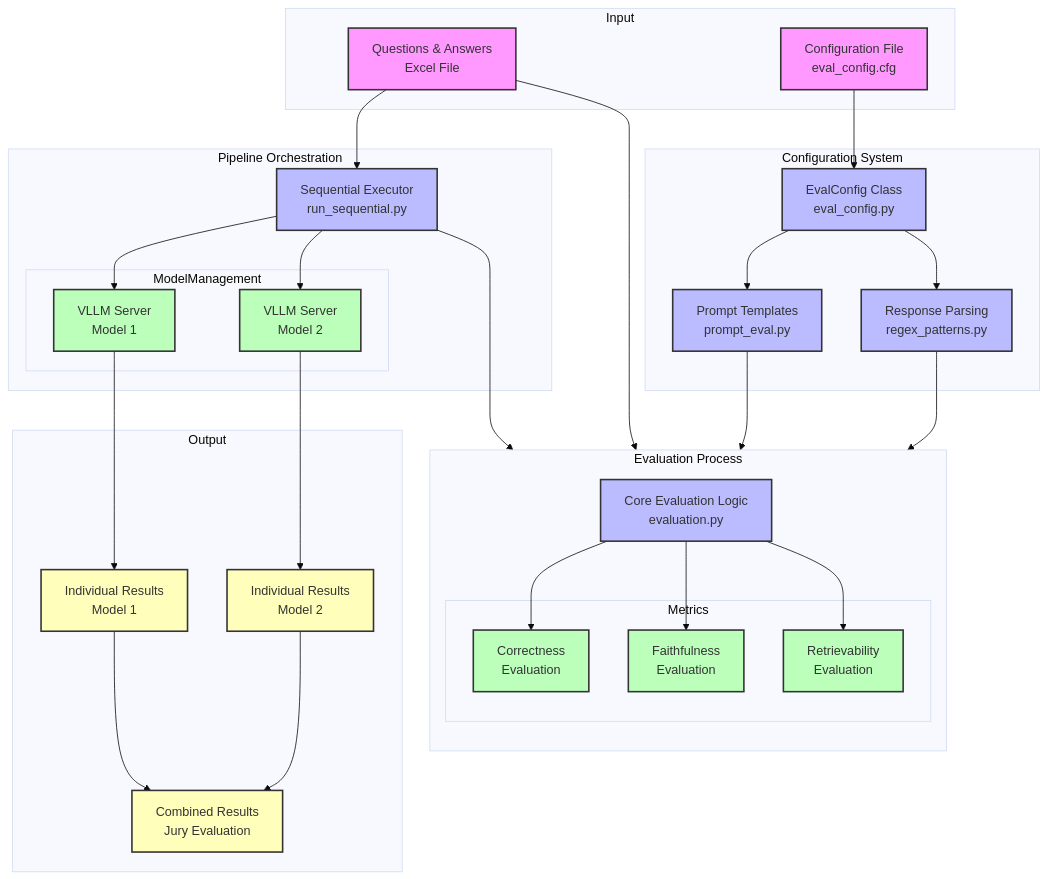
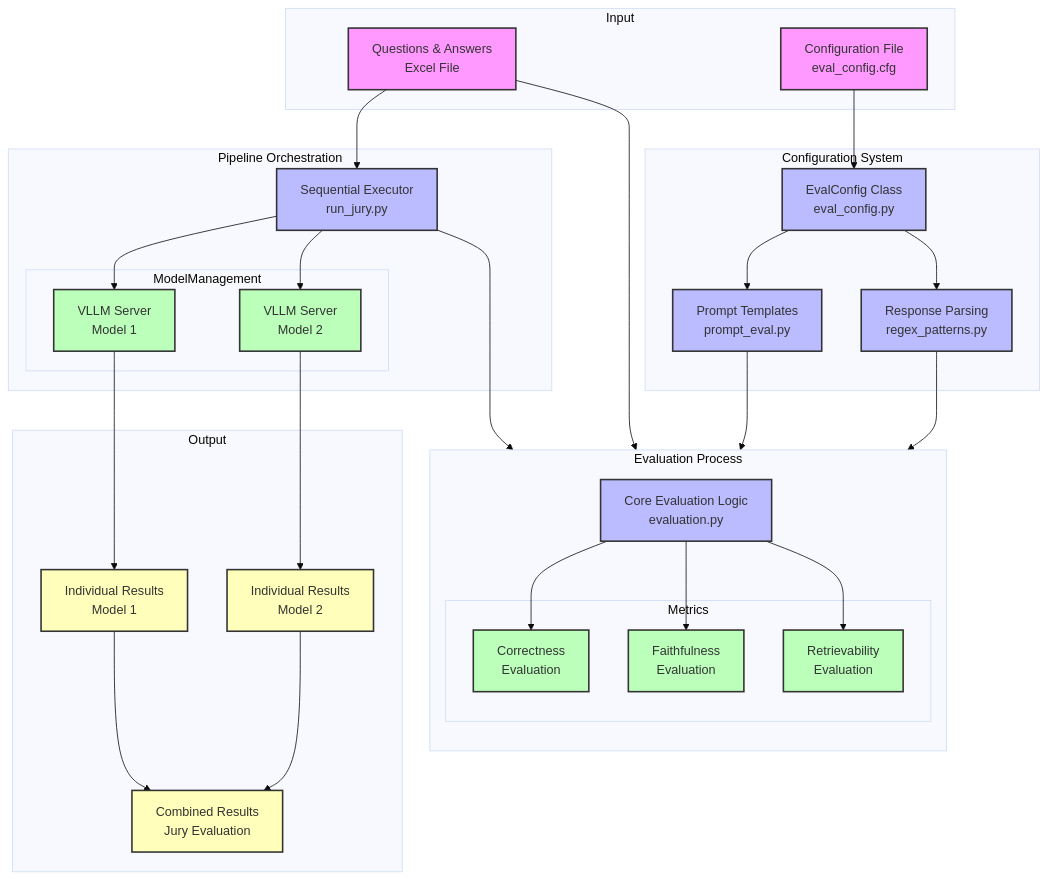
The diagram in wattelse/evaluation_pipeline/README.md (rte-france/wattelse), drawn with Mermaid (base theme) before and after one commit. The commit also changed other lines of this file and 14 other files, not shown here.

````diff
--- a/wattelse/evaluation_pipeline/README.md
+++ b/wattelse/evaluation_pipeline/README.md
@@ -8,73 +8,73 @@
 ```mermaid
 flowchart TB
     subgraph Input
         QA[Questions & Answers<br/>Excel File]
         CF[Configuration File<br/>eval_config.cfg]
     end
 
     subgraph ConfigSystem["Configuration System"]
         EC[EvalConfig Class<br/>eval_config.py]
         RP[Response Parsing<br/>regex_patterns.py]
         PE[Prompt Templates<br/>prompt_eval.py]
     end
 
     subgraph Evaluation["Evaluation Process"]
         direction TB
         EV[Core Evaluation Logic<br/>evaluation.py]
         subgraph Metrics
             CO[Correctness<br/>Evaluation]
             FA[Faithfulness<br/>Evaluation]
             RE[Retrievability<br/>Evaluation]
         end
     end
 
     subgraph Orchestration["Pipeline Orchestration"]
-        RS[Sequential Executor<br/>run_sequential.py]
+        RS[Sequential Executor<br/>run_jury.py]
         subgraph ModelManagement
             VM1[VLLM Server<br/>Model 1]
             VM2[VLLM Server<br/>Model 2]
         end
     end
 
     subgraph Output
         IR1[Individual Results<br/>Model 1]
         IR2[Individual Results<br/>Model 2]
         CR[Combined Results<br/>Jury Evaluation]
     end
 
     %% Configuration Flow
     CF --> EC
     EC --> PE
     EC --> RP
 
     %% Input Flow
     QA --> RS
     QA --> EV
 
     %% Evaluation Flow
     EV --> CO & FA & RE
     PE --> EV
     RP --> EV
 
     %% Orchestration Flow
     RS --> VM1 & VM2
     RS --> EV
 
     %% Model Management
     VM1 --> IR1
     VM2 --> IR2
     
     %% Results Flow
     IR1 & IR2 --> CR
 
     %% Styling
     classDef configFile fill:#f9f,stroke:#333,stroke-width:2px
     classDef codeFile fill:#bbf,stroke:#333,stroke-width:2px
     classDef process fill:#bfb,stroke:#333,stroke-width:2px
     classDef output fill:#ffb,stroke:#333,stroke-width:2px
 
     class QA,CF configFile
     class EC,RP,PE,EV,RS codeFile
     class CO,FA,RE,VM1,VM2 process
     class IR1,IR2,CR output
 ```
````
